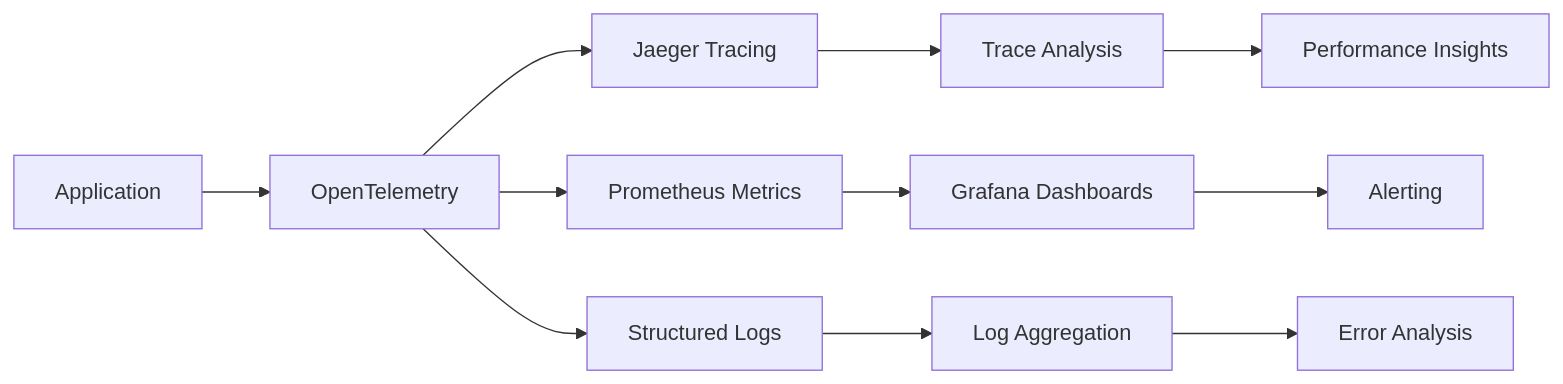
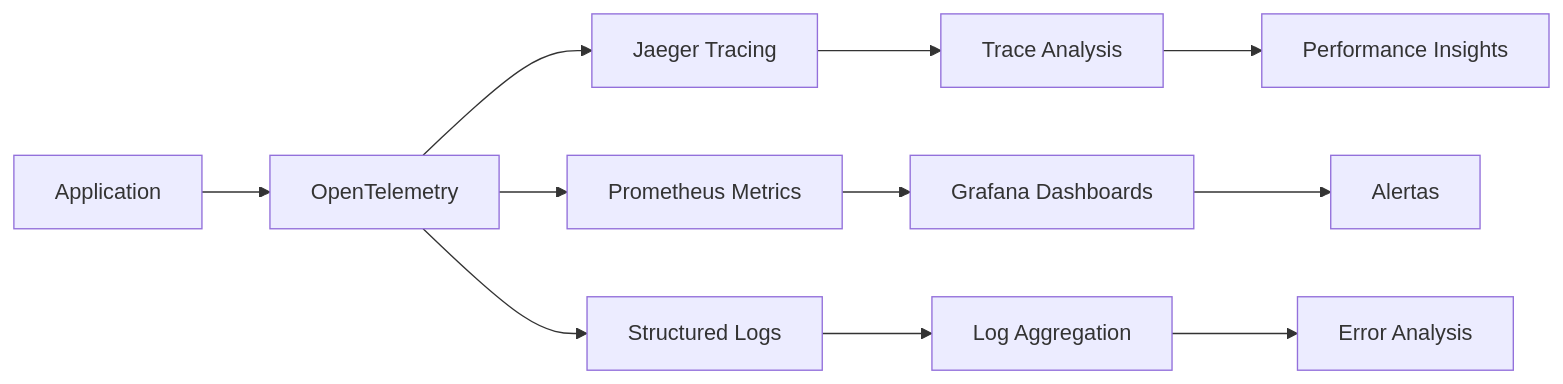
Before and after one commit to jclemente-tlm/tlm-arq-servicios-corporativos: the fifth of 11 diagrams in docs/servicio-notificacion/06-vista-tiempo-ejecucion.md, drawn with Mermaid. The commit also changed other lines of this file and 69 other files, not shown here.

````diff
--- a/docs/servicio-notificacion/06-vista-tiempo-ejecucion.md
+++ b/docs/servicio-notificacion/06-vista-tiempo-ejecucion.md
@@ -190,15 +190,15 @@
 ```mermaid
 graph LR
     A[Application] --> B[OpenTelemetry]
     B --> C[Jaeger Tracing]
     B --> D[Prometheus Metrics]
     B --> E[Structured Logs]
 
     C --> F[Trace Analysis]
     D --> G[Grafana Dashboards]
     E --> H[Log Aggregation]
 
     F --> I[Performance Insights]
-    G --> J[Alerting]
+    G --> J[Alertas]
     H --> K[Error Analysis]
 ```
````
